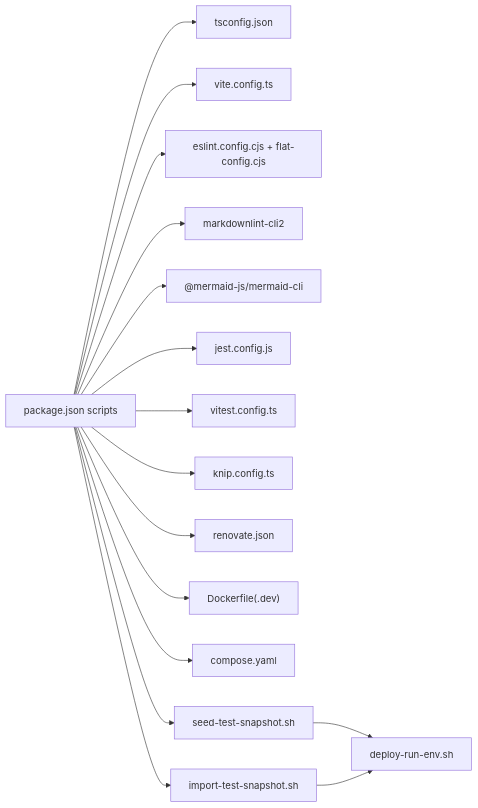
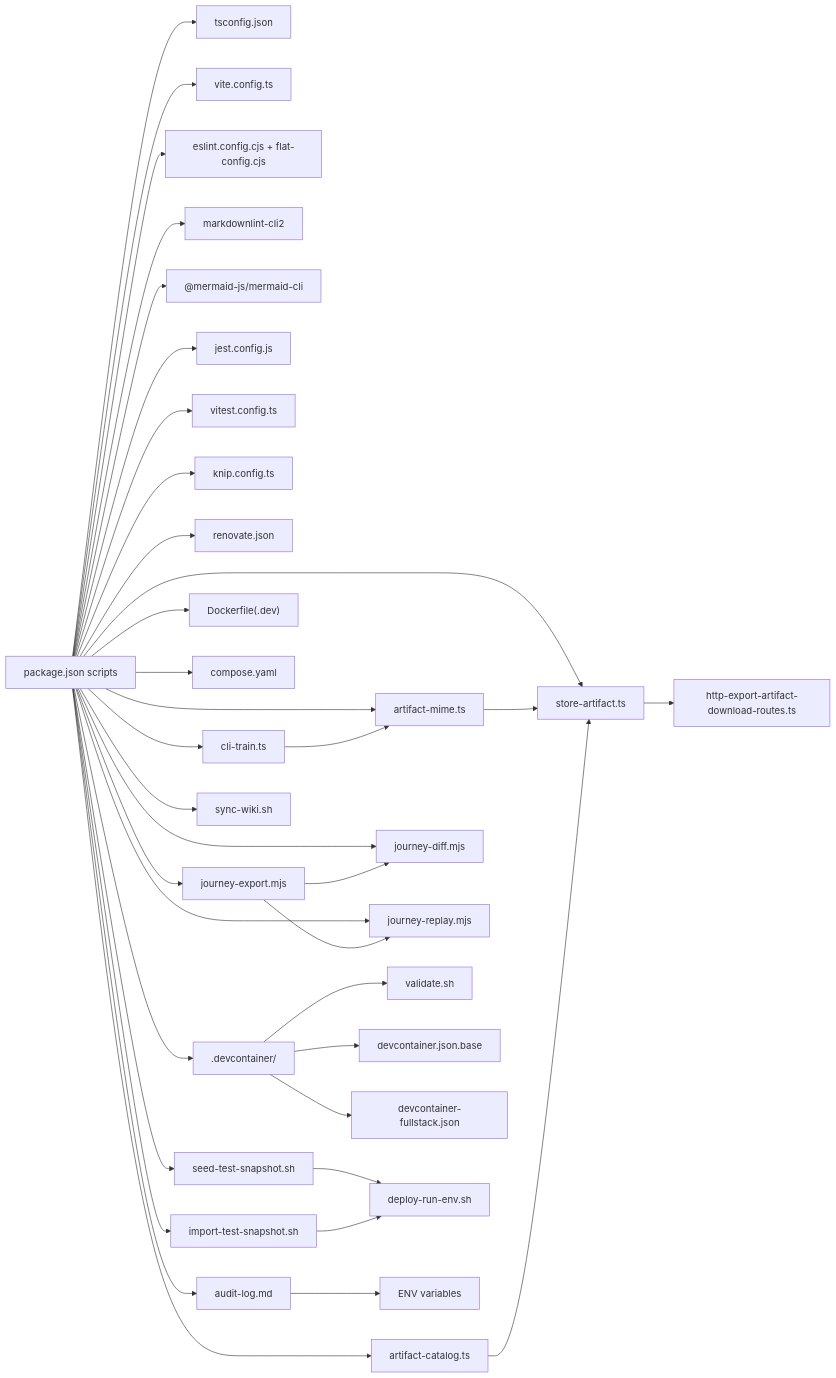
Before and after one commit to debian777/kairos-mcp: diagram 18 of 18 in .qoder/repowiki/en/content/Development Tools/Development Tools.md, drawn with Mermaid. The commit also changed other lines of this file and 44 other files, not shown here.

````diff
--- a/.qoder/repowiki/en/content/Development Tools/Development Tools.md
+++ b/.qoder/repowiki/en/content/Development Tools/Development Tools.md
@@ -633,18 +1119,38 @@
 ```mermaid
 graph LR
 Pkg["package.json scripts"] --> TS["tsconfig.json"]
 Pkg --> Vite["vite.config.ts"]
 Pkg --> ESL["eslint.config.cjs + flat-config.cjs"]
 Pkg --> MDL["markdownlint-cli2"]
 Pkg --> Mermaid["@mermaid-js/mermaid-cli"]
 Pkg --> Jest["jest.config.js"]
 Pkg --> Vitest["vitest.config.ts"]
 Pkg --> Knip["knip.config.ts"]
 Pkg --> Ren["renovate.json"]
+Pkg --> DevContainer[".devcontainer/"]
 Pkg --> Docker["Dockerfile(.dev)"]
 Pkg --> Compose["compose.yaml"]
 Pkg --> SeedSnap["seed-test-snapshot.sh"]
 Pkg --> ImportSnap["import-test-snapshot.sh"]
+Pkg --> SyncWiki["sync-wiki.sh"]
+Pkg --> ArtifactCLI["cli-train.ts"]
+Pkg --> ArtifactMime["artifact-mime.ts"]
+Pkg --> ArtifactCatalog["artifact-catalog.ts"]
+Pkg --> ArtifactStore["store-artifact.ts"]
+Pkg --> AuditSpec["audit-log.md"]
+Pkg --> JourneyExport["journey-export.mjs"]
+Pkg --> JourneyDiff["journey-diff.mjs"]
+Pkg --> JourneyReplay["journey-replay.mjs"]
+DevContainer --> Validate["validate.sh"]
+DevContainer --> Simple["devcontainer.json.base"]
+DevContainer --> Fullstack["devcontainer-fullstack.json"]
 SeedSnap --> DeployEnv["deploy-run-env.sh"]
 ImportSnap --> DeployEnv
+ArtifactCLI --> ArtifactMime
+ArtifactMime --> ArtifactStore
+ArtifactCatalog --> ArtifactStore
+ArtifactStore --> ArtifactExport["http-export-artifact-download-routes.ts"]
+AuditSpec --> AuditConfig["ENV variables"]
+JourneyExport --> JourneyDiff
+JourneyExport --> JourneyReplay
 ```
````
